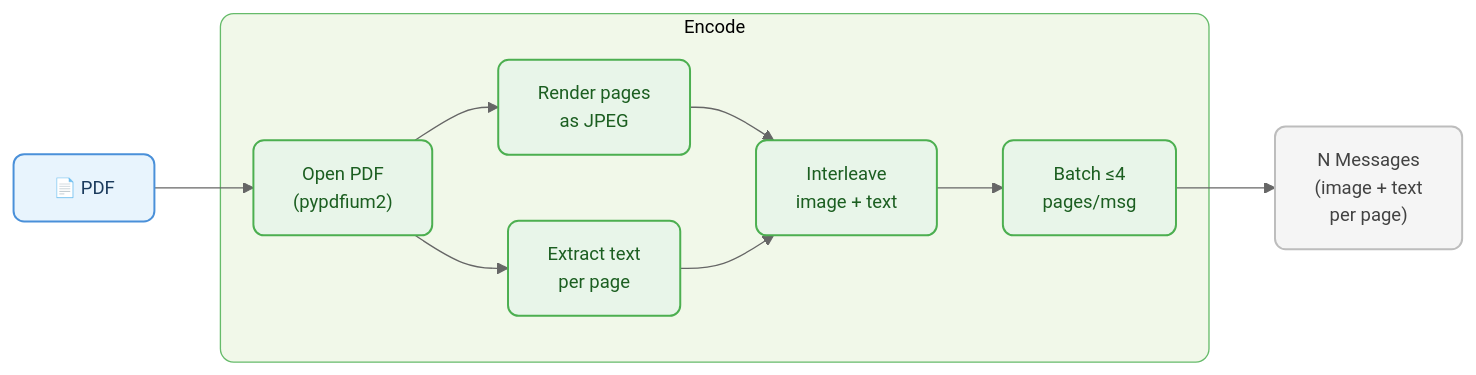
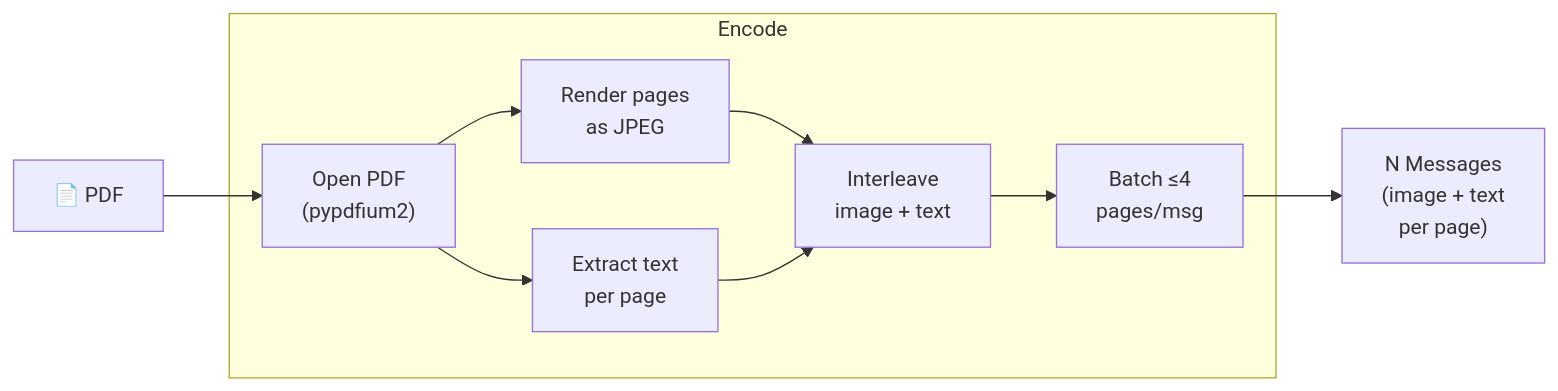
Before and after one commit to vlm-run/mm: diagram 15 of 17 in docs/ENCODERS.md, drawn with Mermaid. The commit also changed other lines of this file and 3 other files, not shown here.

````diff
--- a/docs/ENCODERS.md
+++ b/docs/ENCODERS.md
@@ -438,26 +339,19 @@
 ```mermaid
-%%{init: {'theme': 'base', 'themeVariables': { 'fontSize': '14px', 'primaryColor': '#e8f4fd', 'primaryBorderColor': '#4a90d9', 'lineColor': '#666'}}}%%
 graph LR
-  doc["📄 PDF"]:::input
+  doc["📄 PDF"]
 
   subgraph encode ["Encode"]
-    open["Open PDF\n(pypdfium2)"]:::encode
-    render["Render pages\nas JPEG"]:::encode
-    text["Extract text\nper page"]:::encode
-    interleave["Interleave\nimage + text"]:::encode
-    batch["Batch ≤4\npages/msg"]:::encode
+    open["Open PDF\n(pypdfium2)"]
+    render["Render pages\nas JPEG"]
+    text["Extract text\nper page"]
+    interleave["Interleave\nimage + text"]
+    batch["Batch ≤4\npages/msg"]
   end
 
-  msgs["N Messages\n(image + text\nper page)"]:::output
+  msgs["N Messages\n(image + text\nper page)"]
 
   doc --> open
   open --> render --> interleave
   open --> text --> interleave
   interleave --> batch --> msgs
-
-  classDef input fill:#e8f4fd,stroke:#4a90d9,stroke-width:1.5px,color:#1a3a5c,rx:8
-  classDef encode fill:#e8f5e9,stroke:#4caf50,stroke-width:1.5px,color:#1b5e20,rx:8
-  classDef output fill:#f5f5f5,stroke:#bdbdbd,stroke-width:1.5px,color:#424242,rx:8
-
-  style encode fill:#f1f8e9,stroke:#66bb6a,stroke-width:1px,rx:10
 ```
````
